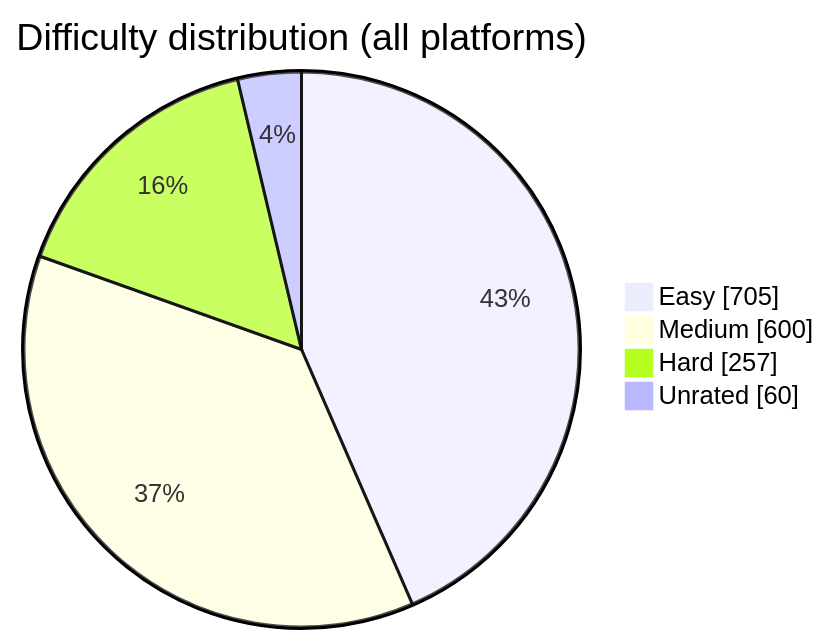
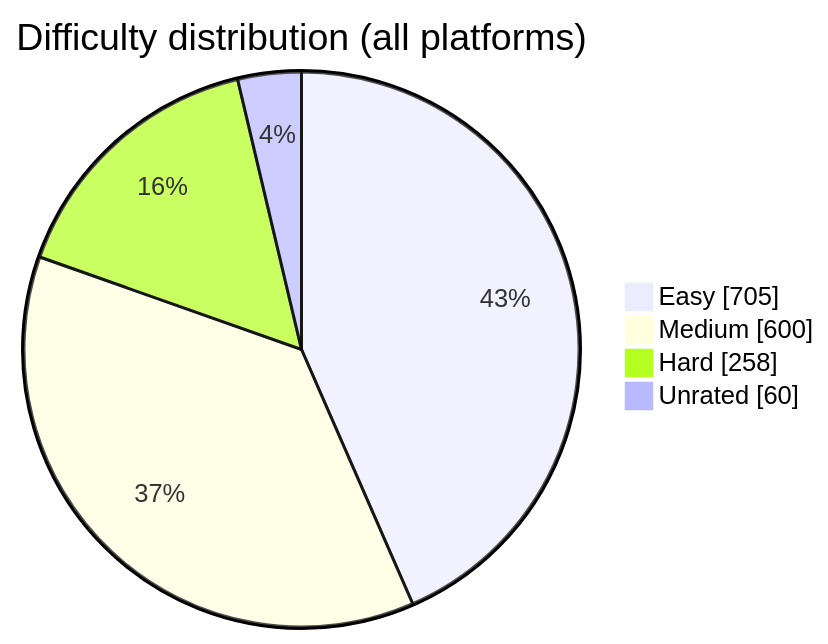
One commit to BuildbyArindam/Daily-Coding-Log changed the diagram in README.md. Above: the diagram before and after it, drawn with Mermaid. The commit also changed other lines of this file, not shown here.

````diff
--- a/README.md
+++ b/README.md
@@ -93,7 +93,7 @@
 ```mermaid
 pie showData title Difficulty distribution (all platforms)
     "Easy" : 705
     "Medium" : 600
-    "Hard" : 257
+    "Hard" : 258
     "Unrated" : 60
 ```
````
